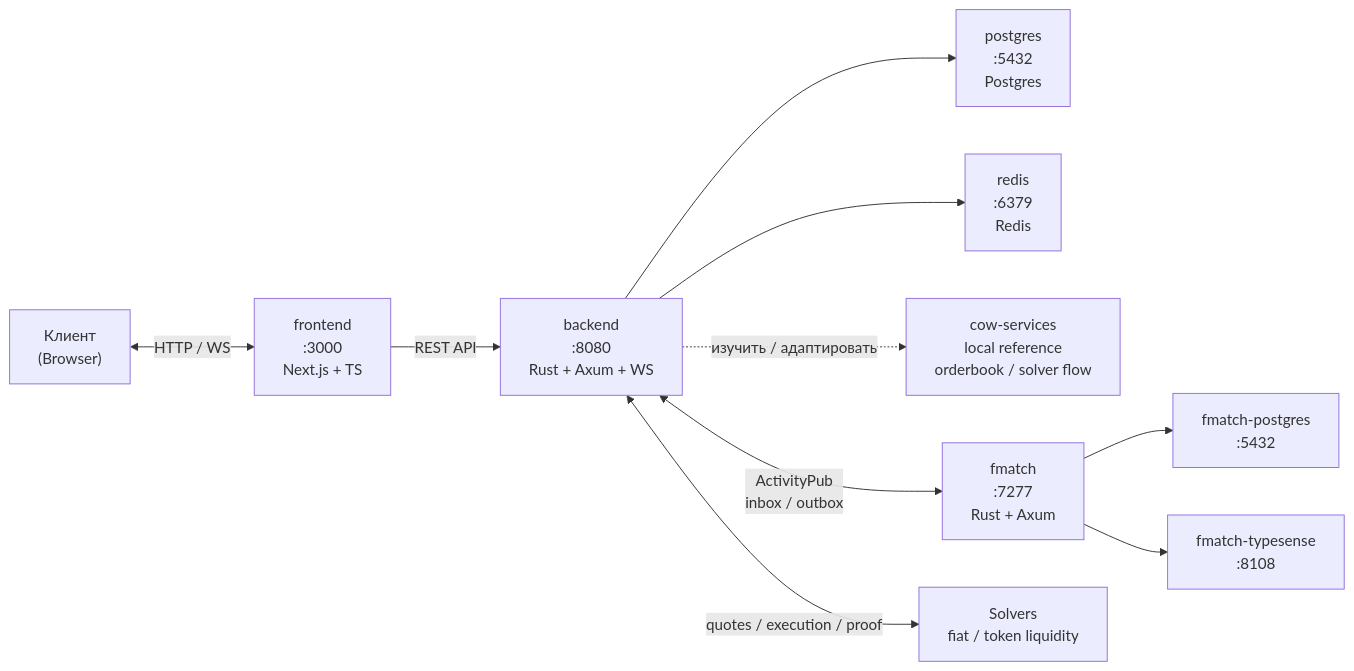
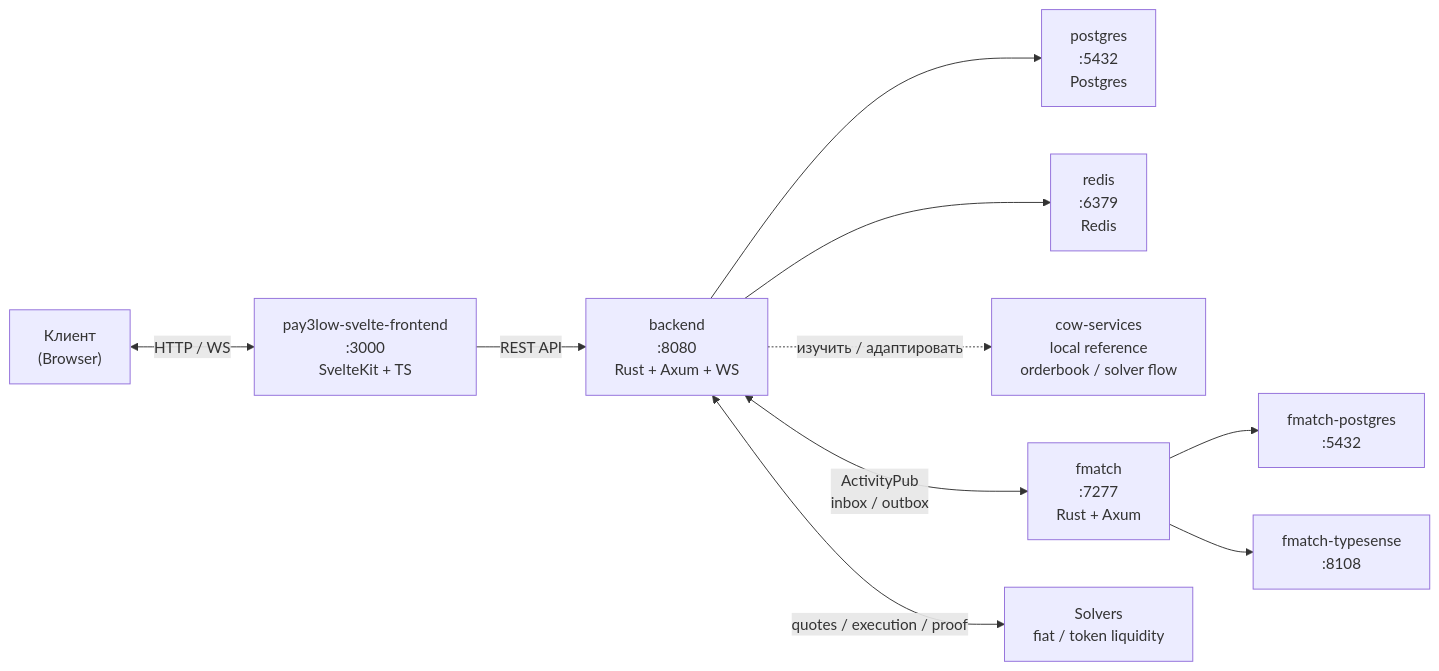
One commit to Flow3Pay/pay3flow changed the first of 3 diagrams in README.md. Above: the diagram before and after it, drawn with Mermaid. The commit also changed other lines of this file and 60 other files, not shown here.

Commit message:
refactor: replace Next.js frontend with SvelteKit

````diff
--- a/README.md
+++ b/README.md
@@ -48,23 +48,23 @@
 ```mermaid
 graph LR
     client["Клиент<br/>(Browser)"]
-    frontend["frontend<br/>:3000<br/>Next.js + TS"]
+    frontend["pay3low-svelte-frontend<br/>:3000<br/>SvelteKit + TS"]
     backend["backend<br/>:8080<br/>Rust + Axum + WS"]
     postgres["postgres<br/>:5432<br/>Postgres"]
     redis["redis<br/>:6379<br/>Redis"]
     cow["cow-services<br/>local reference<br/>orderbook / solver flow"]
     fmatch["fmatch<br/>:7277<br/>Rust + Axum"]
     fmatch_db["fmatch-postgres<br/>:5432"]
     typesense["fmatch-typesense<br/>:8108"]
     solvers["Solvers<br/>fiat / token liquidity"]
 
     client <-->|"HTTP / WS"| frontend
     frontend -->|"REST API"| backend
     backend --> postgres
     backend --> redis
     backend -. изучить / адаптировать .-> cow
     backend <-->|"ActivityPub<br/>inbox / outbox"| fmatch
     backend <-->|"quotes / execution / proof"| solvers
     fmatch --> fmatch_db
     fmatch --> typesense
 ```
````
